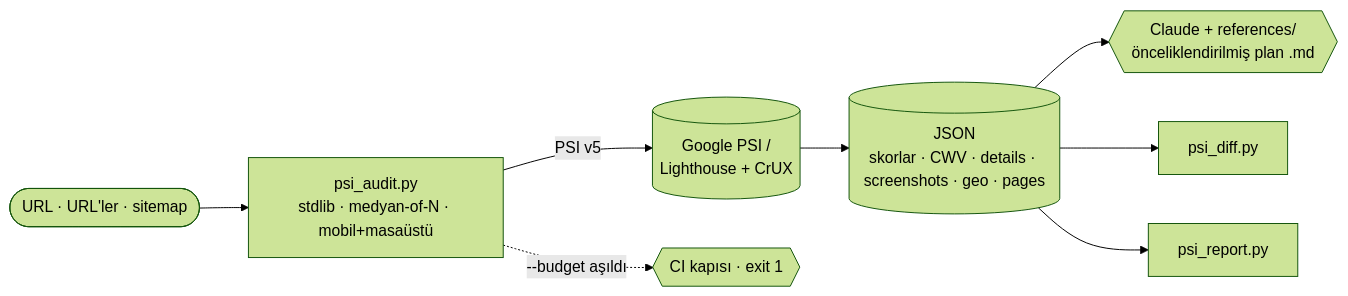
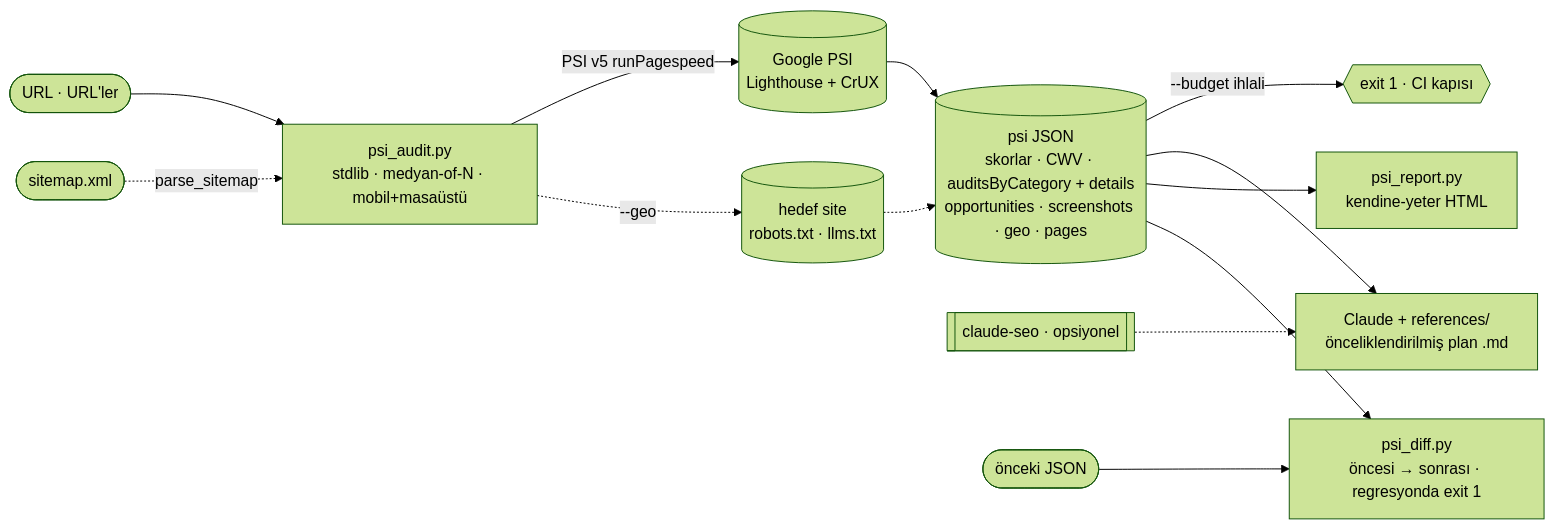
Before and after one commit to tasdeleno/pagespeed-plan: the diagram in README.md, drawn with Mermaid (forest theme). The commit also changed other lines of this file and 1 other file, not shown here.

Commit message:
README: Mermaid semasini teknik olarak dogru hale getir (TR+EN)
- Butce kapisi JSON'dan sonra (sonuclari kontrol eder), S'ten degil
- --geo/--sitemap Google PSI'den degil HEDEF SITEDEN cekilir
- psi_diff iki JSON alir (onceki + yeni)
- claude-seo opsiyonel girdi olarak gosterildi
- kenar etiketleri guvenli (tirnaksiz, : ve / yok)

````diff
--- a/README.md
+++ b/README.md
@@ -81,10 +81,15 @@
 ```mermaid
 flowchart LR
-    U([URL · URL'ler · sitemap]) --> S["psi_audit.py<br/>stdlib · medyan-of-N · mobil+masaüstü"]
-    S -->|PSI v5| G[("Google PSI /<br/>Lighthouse + CrUX")]
-    S -.->|--budget aşıldı| GATE{{"CI kapısı · exit 1"}}
-    G --> J[("JSON<br/>skorlar · CWV · details · screenshots · geo · pages")]
-    J --> M{{"Claude + references/<br/>önceliklendirilmiş plan .md"}}
-    J --> D["psi_diff.py"]
-    J --> H["psi_report.py"]
+    U([URL · URL'ler]) --> S["psi_audit.py<br/>stdlib · medyan-of-N · mobil+masaüstü"]
+    SM([sitemap.xml]) -.->|parse_sitemap| S
+    S -->|PSI v5 runPagespeed| G[("Google PSI<br/>Lighthouse + CrUX")]
+    S -.->|--geo| W[("hedef site<br/>robots.txt · llms.txt")]
+    G --> J[("psi JSON<br/>skorlar · CWV · auditsByCategory + details<br/>opportunities · screenshots · geo · pages")]
+    W -.-> J
+    J -->|--budget ihlali| X{{"exit 1 · CI kapısı"}}
+    J --> M["Claude + references/<br/>önceliklendirilmiş plan .md"]
+    O[["claude-seo · opsiyonel"]] -.-> M
+    J --> R["psi_report.py<br/>kendine-yeter HTML"]
+    P([önceki JSON]) --> D["psi_diff.py<br/>öncesi → sonrası · regresyonda exit 1"]
+    J --> D
 ```
````
